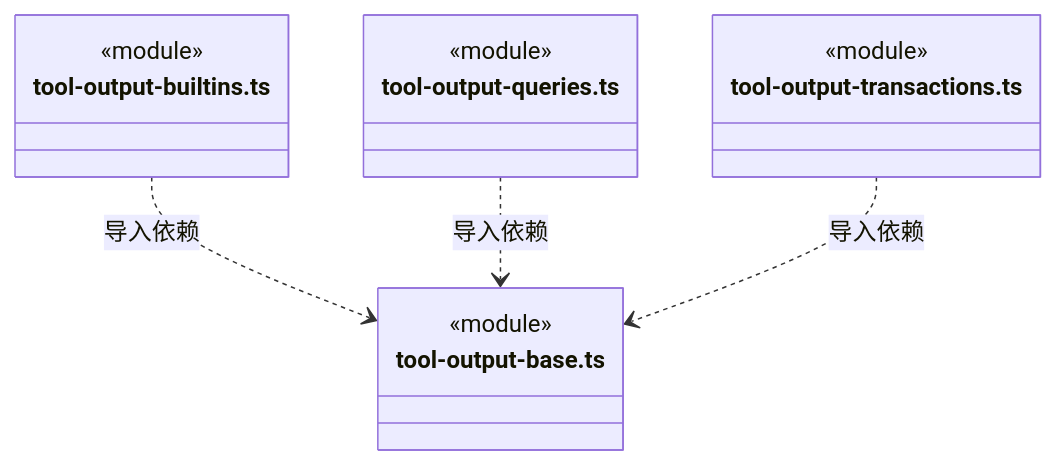
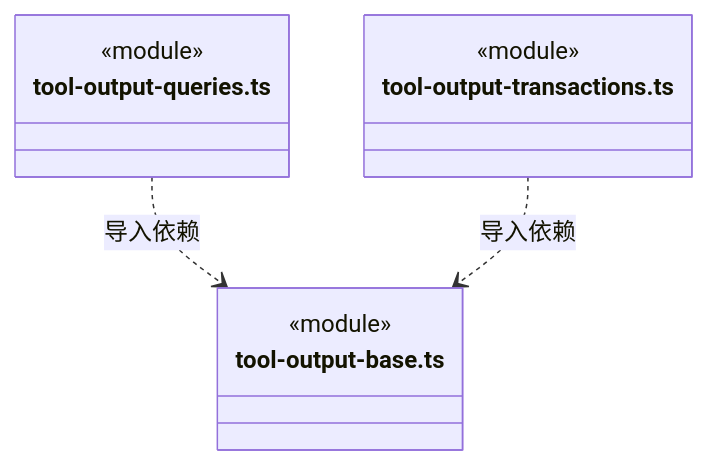
Diagram 28 of 28 in src/backend/core/knowledge/ARCHITECTURE.md (nan023062/cbim), drawn with Mermaid before and after one commit. The commit also changed other lines of this file and 97 other files, not shown here.

````diff
--- a/src/backend/core/knowledge/ARCHITECTURE.md
+++ b/src/backend/core/knowledge/ARCHITECTURE.md
@@ -588,18 +689,14 @@
 ```mermaid
 classDiagram
-class N_src_backend_core_knowledge_tool_output_builtins_ts["tool-output-builtins.ts"] {
+class N_src_backend_core_knowledge_tool_output_queries_ts["tool-output-queries.ts"] {
   <<module>>
 }
 class N_src_backend_core_knowledge_tool_output_base_ts["tool-output-base.ts"] {
   <<module>>
 }
-class N_src_backend_core_knowledge_tool_output_queries_ts["tool-output-queries.ts"] {
-  <<module>>
-}
 class N_src_backend_core_knowledge_tool_output_transactions_ts["tool-output-transactions.ts"] {
   <<module>>
 }
-N_src_backend_core_knowledge_tool_output_builtins_ts ..> N_src_backend_core_knowledge_tool_output_base_ts : 导入依赖
 N_src_backend_core_knowledge_tool_output_queries_ts ..> N_src_backend_core_knowledge_tool_output_base_ts : 导入依赖
 N_src_backend_core_knowledge_tool_output_transactions_ts ..> N_src_backend_core_knowledge_tool_output_base_ts : 导入依赖
 ```
````
